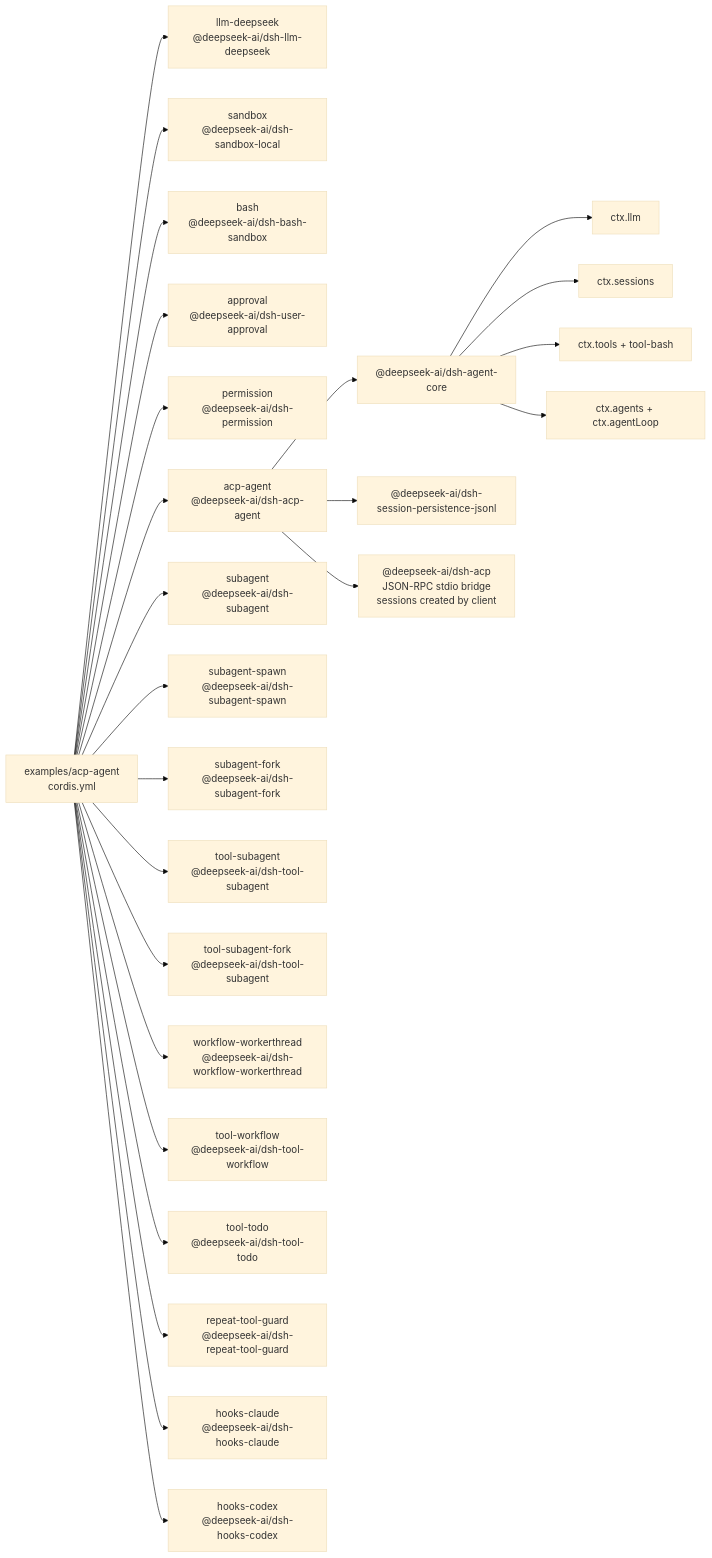
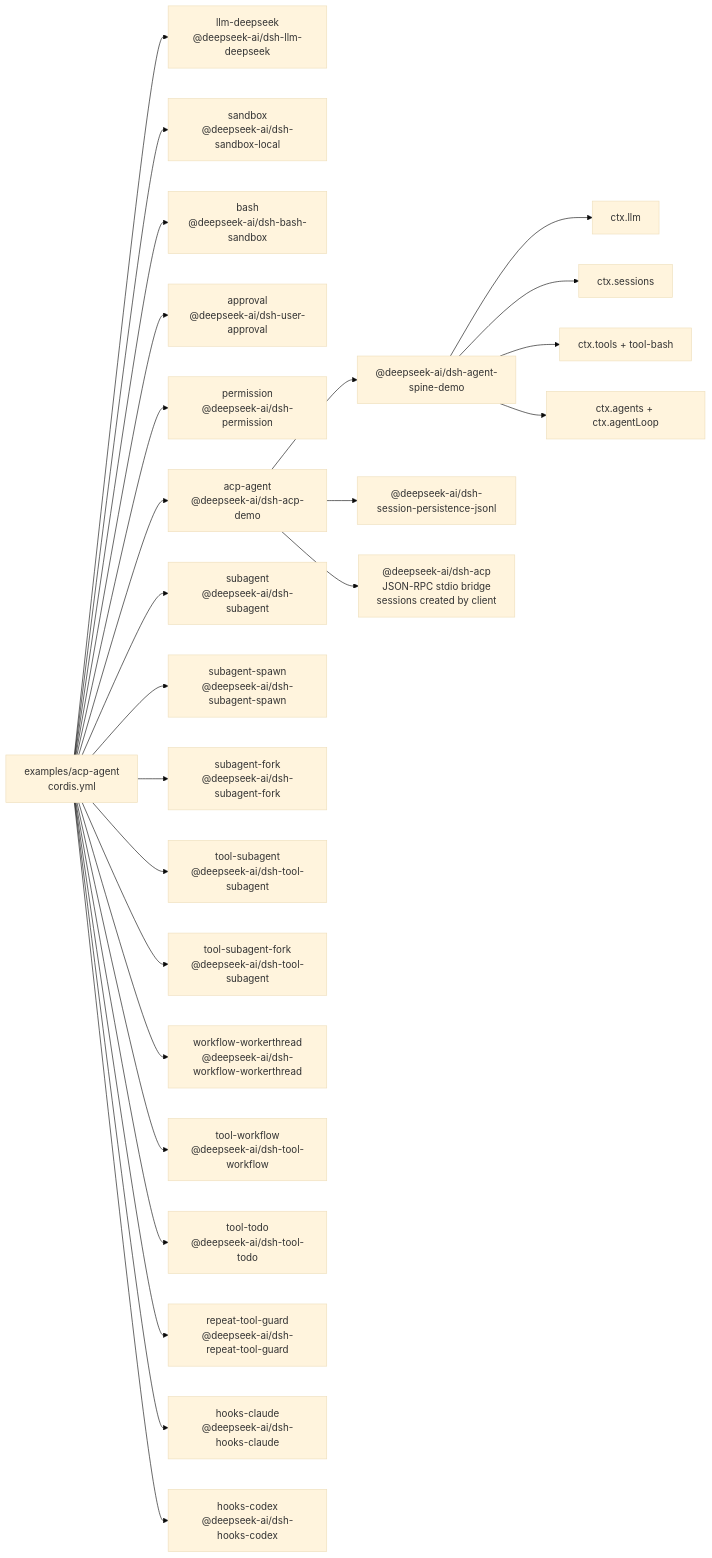
The diagram in examples/acp-agent/composition.md (eru123/coco-harness), drawn with Mermaid (base theme) before and after one commit. The commit also changed other lines of this file and 154 other files, not shown here.

First line of the commit message:
Merge pull request #325 from deepseek-harness/worktree-demo-move

````diff
--- a/examples/acp-agent/composition.md
+++ b/examples/acp-agent/composition.md
@@ -8,45 +8,45 @@
 ```mermaid
 flowchart LR
   cfg["examples/acp-agent<br/>cordis.yml"]
   plugin_acp_llm_deepseek["llm-deepseek<br/>@deepseek-ai/dsh-llm-deepseek"]
   cfg --> plugin_acp_llm_deepseek
   plugin_acp_sandbox["sandbox<br/>@deepseek-ai/dsh-sandbox-local"]
   cfg --> plugin_acp_sandbox
   plugin_acp_bash["bash<br/>@deepseek-ai/dsh-bash-sandbox"]
   cfg --> plugin_acp_bash
   plugin_acp_approval["approval<br/>@deepseek-ai/dsh-user-approval"]
   cfg --> plugin_acp_approval
   plugin_acp_permission["permission<br/>@deepseek-ai/dsh-permission"]
   cfg --> plugin_acp_permission
-  plugin_acp_acp_agent["acp-agent<br/>@deepseek-ai/dsh-acp-agent"]
+  plugin_acp_acp_agent["acp-agent<br/>@deepseek-ai/dsh-acp-demo"]
   cfg --> plugin_acp_acp_agent
-  plugin_acp_acp_agent --> bundle_agent_core["@deepseek-ai/dsh-agent-core"]
+  plugin_acp_acp_agent --> bundle_agent_core["@deepseek-ai/dsh-agent-spine-demo"]
   plugin_acp_acp_agent --> bundle_jsonl["@deepseek-ai/dsh-session-persistence-jsonl"]
   plugin_acp_acp_agent --> frontdoor_acp["@deepseek-ai/dsh-acp<br/>JSON-RPC stdio bridge<br/>sessions created by client"]
   bundle_agent_core --> spine_llm["ctx.llm"]
   bundle_agent_core --> spine_sessions["ctx.sessions"]
   bundle_agent_core --> spine_tools["ctx.tools + tool-bash"]
   bundle_agent_core --> spine_loop["ctx.agents + ctx.agentLoop"]
   plugin_acp_subagent["subagent<br/>@deepseek-ai/dsh-subagent"]
   cfg --> plugin_acp_subagent
   plugin_acp_subagent_spawn["subagent-spawn<br/>@deepseek-ai/dsh-subagent-spawn"]
   cfg --> plugin_acp_subagent_spawn
   plugin_acp_subagent_fork["subagent-fork<br/>@deepseek-ai/dsh-subagent-fork"]
   cfg --> plugin_acp_subagent_fork
   plugin_acp_tool_subagent["tool-subagent<br/>@deepseek-ai/dsh-tool-subagent"]
   cfg --> plugin_acp_tool_subagent
   plugin_acp_tool_subagent_fork["tool-subagent-fork<br/>@deepseek-ai/dsh-tool-subagent"]
   cfg --> plugin_acp_tool_subagent_fork
   plugin_acp_workflow_workerthread["workflow-workerthread<br/>@deepseek-ai/dsh-workflow-workerthread"]
   cfg --> plugin_acp_workflow_workerthread
   plugin_acp_tool_workflow["tool-workflow<br/>@deepseek-ai/dsh-tool-workflow"]
   cfg --> plugin_acp_tool_workflow
   plugin_acp_tool_todo["tool-todo<br/>@deepseek-ai/dsh-tool-todo"]
   cfg --> plugin_acp_tool_todo
   plugin_acp_repeat_tool_guard["repeat-tool-guard<br/>@deepseek-ai/dsh-repeat-tool-guard"]
   cfg --> plugin_acp_repeat_tool_guard
   plugin_acp_hooks_claude["hooks-claude<br/>@deepseek-ai/dsh-hooks-claude"]
   cfg --> plugin_acp_hooks_claude
   plugin_acp_hooks_codex["hooks-codex<br/>@deepseek-ai/dsh-hooks-codex"]
   cfg --> plugin_acp_hooks_codex
 ```
````
